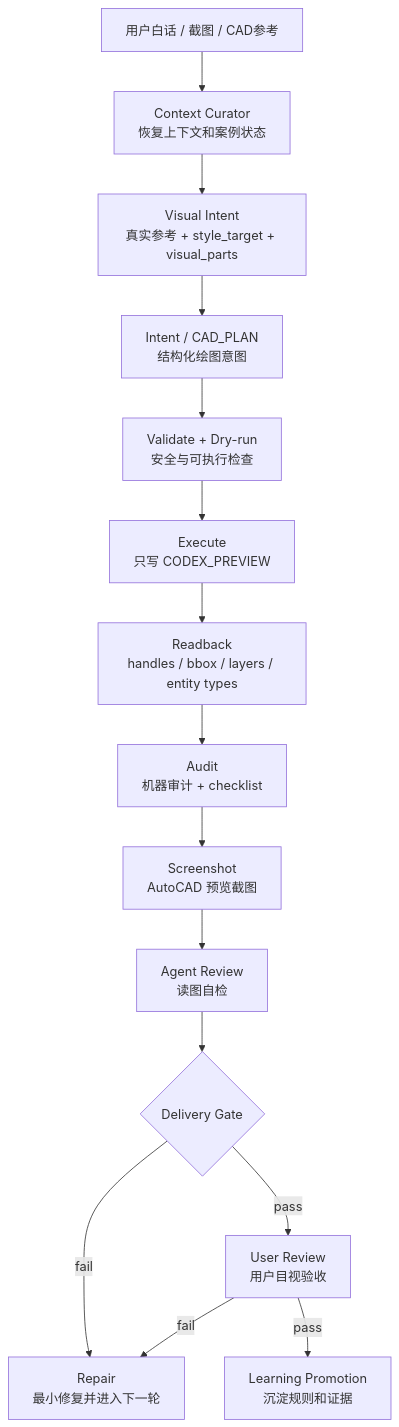
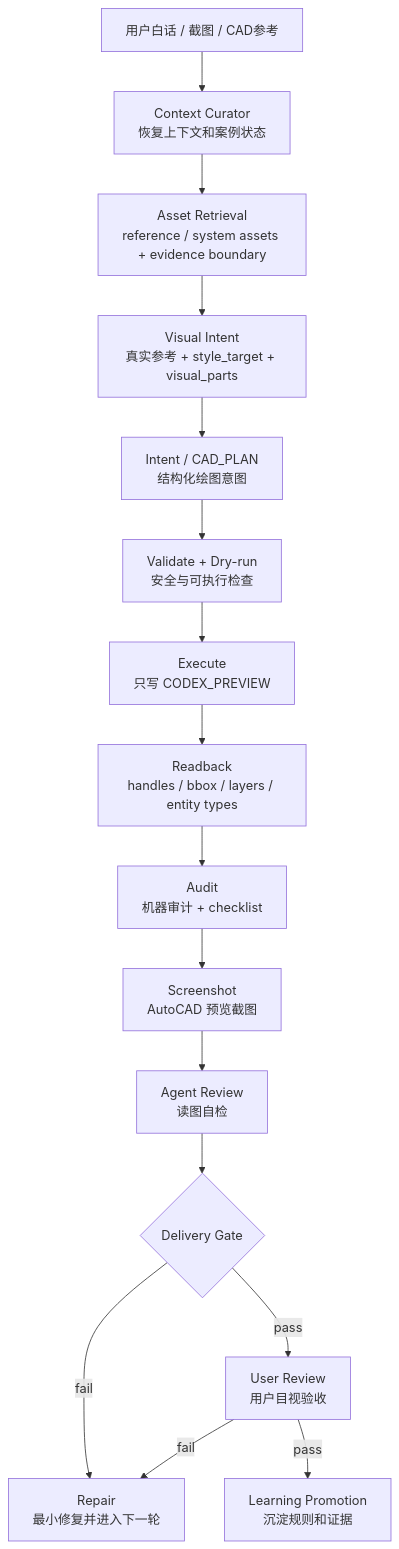
The diagram in README.md (Feini2002/CAD-AGENT), drawn with Mermaid before and after one commit. The commit also changed other lines of this file and 139 other files, not shown here.

Commit message:
Update CAD agent architecture

````diff
--- a/README.md
+++ b/README.md
@@ -19,17 +17,18 @@
 ```mermaid
 flowchart TD
     U["用户白话 / 截图 / CAD参考"] --> C["Context Curator<br/>恢复上下文和案例状态"]
-    C --> V["Visual Intent<br/>真实参考 + style_target + visual_parts"]
+    C --> Q["Asset Retrieval<br/>reference / system assets + evidence boundary"]
+    Q --> V["Visual Intent<br/>真实参考 + style_target + visual_parts"]
     V --> P["Intent / CAD_PLAN<br/>结构化绘图意图"]
     P --> G["Validate + Dry-run<br/>安全与可执行检查"]
     G --> E["Execute<br/>只写 CODEX_PREVIEW"]
     E --> R["Readback<br/>handles / bbox / layers / entity types"]
     R --> A["Audit<br/>机器审计 + checklist"]
     A --> S["Screenshot<br/>AutoCAD 预览截图"]
     S --> J["Agent Review<br/>读图自检"]
     J --> D{"Delivery Gate"}
     D -->|fail| F["Repair<br/>最小修复并进入下一轮"]
     D -->|pass| H["User Review<br/>用户目视验收"]
     H -->|fail| F
     H -->|pass| L["Learning Promotion<br/>沉淀规则和证据"]
 ```
````
